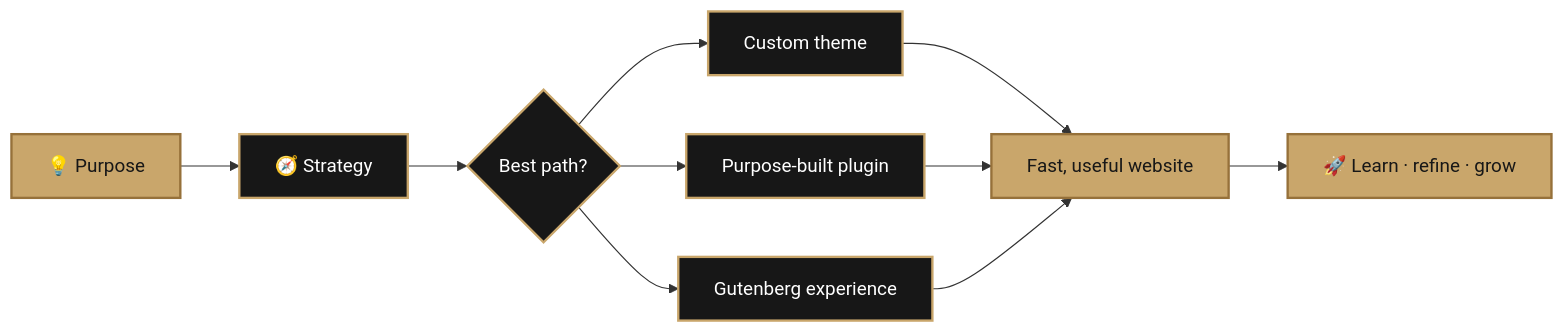
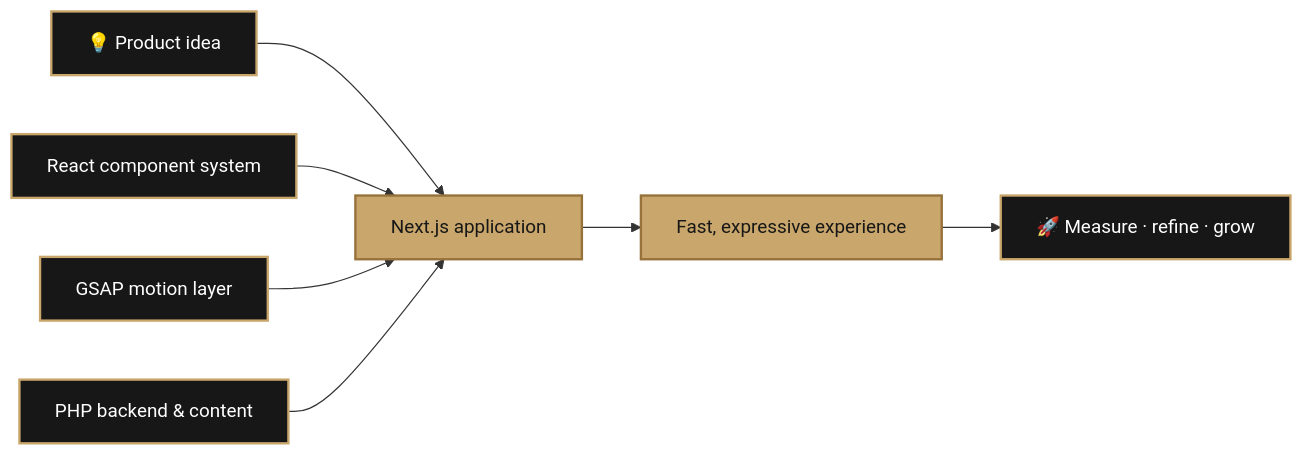
One commit to joshuacalebdavids/joshuacalebdavids changed the diagram in README.md. Above: the diagram before and after it, drawn with Mermaid. The commit also changed other lines of this file, not shown here.

Commit message:
Reposition profile around Next.js and React

````diff
--- a/README.md
+++ b/README.md
@@ -44,17 +50,14 @@
 ```mermaid
 flowchart LR
-    A["💡 Purpose"] --> B["🧭 Strategy"]
-    B --> C{"Best path?"}
-    C --> D["Custom theme"]
-    C --> E["Purpose-built plugin"]
-    C --> F["Gutenberg experience"]
-    D --> G["Fast, useful website"]
-    E --> G
-    F --> G
-    G --> H["🚀 Learn · refine · grow"]
+    A["💡 Product idea"] --> B["Next.js application"]
+    C["React component system"] --> B
+    D["GSAP motion layer"] --> B
+    E["PHP backend & content"] --> B
+    B --> F["Fast, expressive experience"]
+    F --> G["🚀 Measure · refine · grow"]
 
     classDef gold fill:#C9A66B,stroke:#96713A,color:#171717,stroke-width:2px;
     classDef dark fill:#171717,stroke:#C9A66B,color:#FFFFFF,stroke-width:2px;
-    class A,G,H gold;
-    class B,C,D,E,F dark;
+    class B,F gold;
+    class A,C,D,E,G dark;
 ```
````
